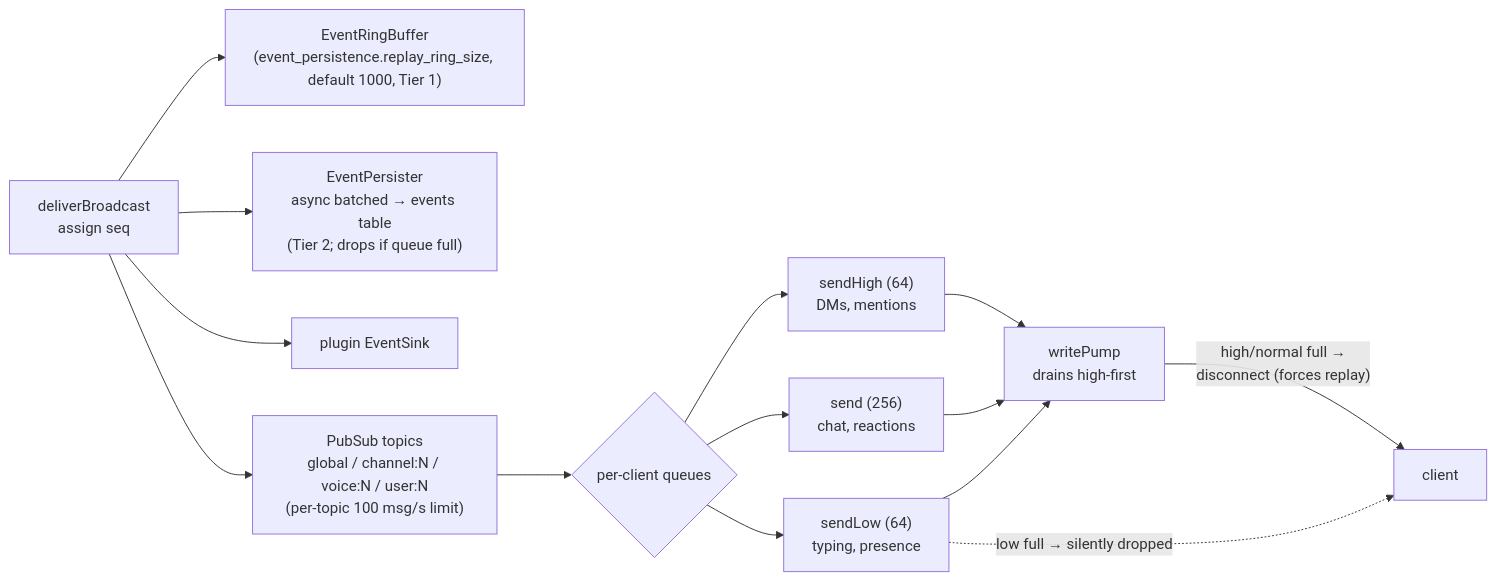
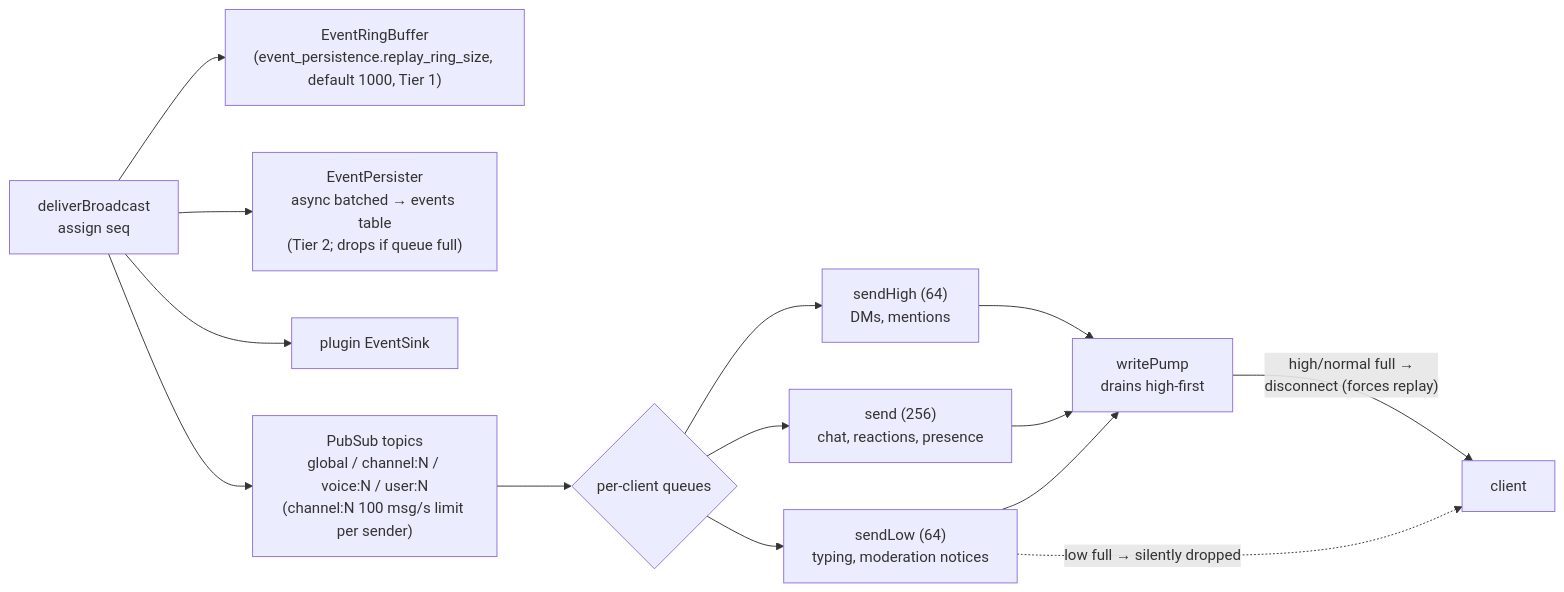
One commit to J3vb/OwnCord changed the second of 3 diagrams in docs/architecture/websocket.md. Above: the diagram before and after it, drawn with Mermaid. The commit also changed other lines of this file and 793 other files, not shown here.

````diff
--- a/docs/architecture/websocket.md
+++ b/docs/architecture/websocket.md
@@ -68,16 +68,16 @@
 ```mermaid
 flowchart LR
     EV["deliverBroadcast<br/>assign seq"] --> RB["EventRingBuffer<br/>(event_persistence.replay_ring_size, default 1000, Tier 1)"]
     EV --> EP["EventPersister<br/>async batched → events table<br/>(Tier 2; drops if queue full)"]
     EV --> PLG["plugin EventSink"]
-    EV --> PS["PubSub topics<br/>global / channel:N / voice:N / user:N<br/>(per-topic 100 msg/s limit)"]
+    EV --> PS["PubSub topics<br/>global / channel:N / voice:N / user:N<br/>(channel:N 100 msg/s limit per sender)"]
     PS --> CH{"per-client queues"}
     CH --> HI["sendHigh (64)<br/>DMs, mentions"]
-    CH --> NO["send (256)<br/>chat, reactions"]
-    CH --> LO["sendLow (64)<br/>typing, presence"]
+    CH --> NO["send (256)<br/>chat, reactions, presence"]
+    CH --> LO["sendLow (64)<br/>typing, moderation notices"]
     HI --> WP["writePump<br/>drains high-first"]
     NO --> WP
     LO --> WP
     WP -->|"high/normal full →<br/>disconnect (forces replay)"| X["client"]
     LO -.->|"low full → silently dropped"| X
 ```
````
